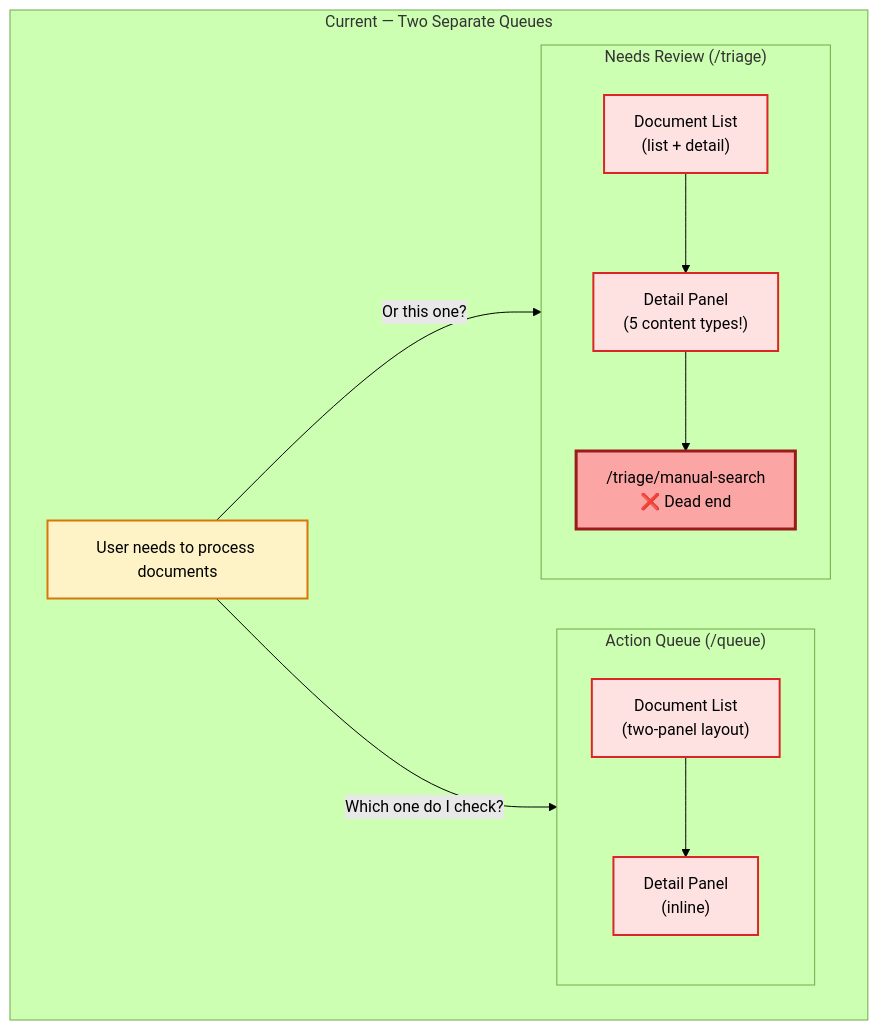
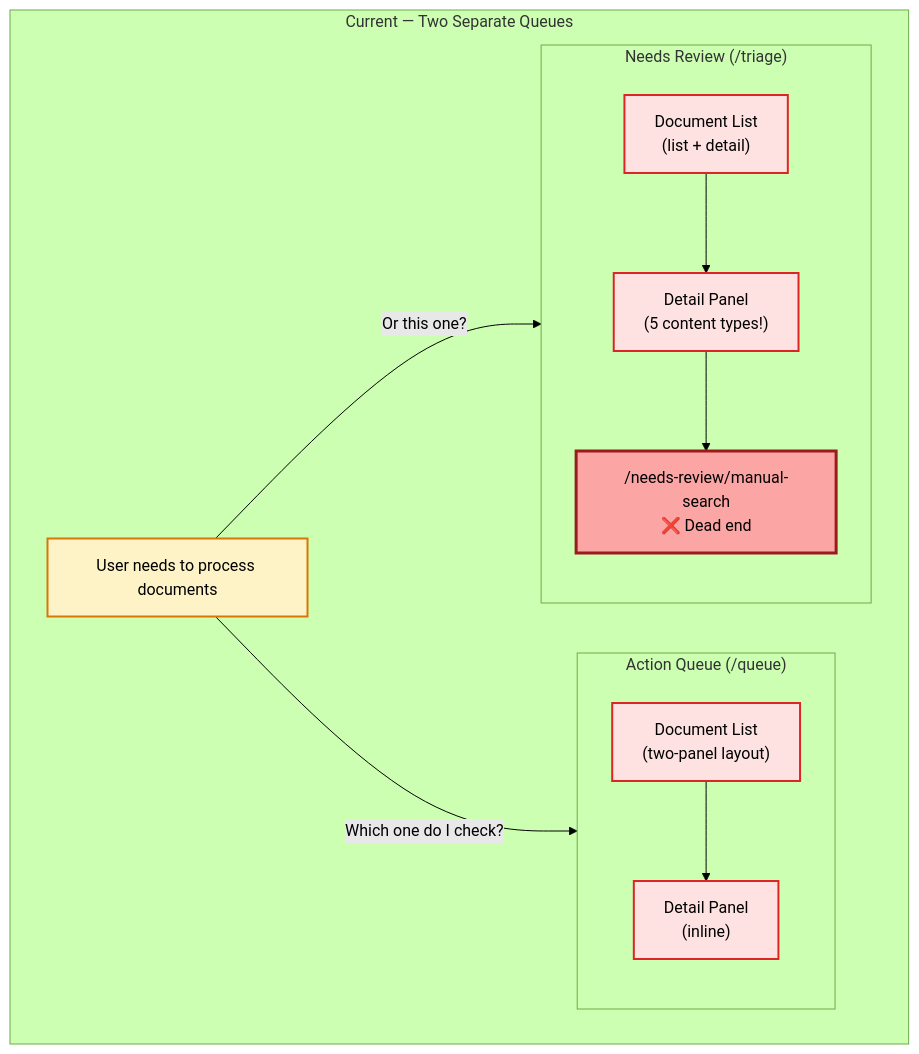
The fifth of 9 diagrams in docs/design/active/ui-flow-diagrams.md (rsocko/owl), drawn with Mermaid (forest theme) before and after one commit. The commit also changed other lines of this file and 17 other files, not shown here.

Commit message:
Use Needs Review as canonical route

````diff
--- a/docs/design/active/ui-flow-diagrams.md
+++ b/docs/design/active/ui-flow-diagrams.md
@@ -183,29 +183,29 @@
 ```mermaid
 flowchart TD
     subgraph current["Current — Two Separate Queues"]
         USER[User needs to process documents]
         
         subgraph aq["Action Queue (/queue)"]
             AQ_LIST["Document List<br/>(two-panel layout)"]
             AQ_DETAIL["Detail Panel<br/>(inline)"]
             AQ_LIST --> AQ_DETAIL
         end
         
         subgraph tq["Needs Review (/triage)"]
             TQ_LIST["Document List<br/>(list + detail)"]
             TQ_DETAIL["Detail Panel<br/>(5 content types!)"]
             TQ_LIST --> TQ_DETAIL
-            TQ_DETAIL --> TQ_MANUAL["/triage/manual-search<br/>❌ Dead end"]
+            TQ_DETAIL --> TQ_MANUAL["/needs-review/manual-search<br/>❌ Dead end"]
         end
 
         USER -->|"Which one do I check?"| aq
         USER -->|"Or this one?"| tq
     end
 
     classDef problem fill:#fee2e2,stroke:#dc2626,stroke-width:2px
     classDef deadEnd fill:#fca5a5,stroke:#991b1b,stroke-width:3px
     classDef confusion fill:#fef3c7,stroke:#d97706,stroke-width:2px
     class AQ_LIST,AQ_DETAIL,TQ_LIST,TQ_DETAIL problem
     class TQ_MANUAL deadEnd
     class USER confusion
 ```
````
